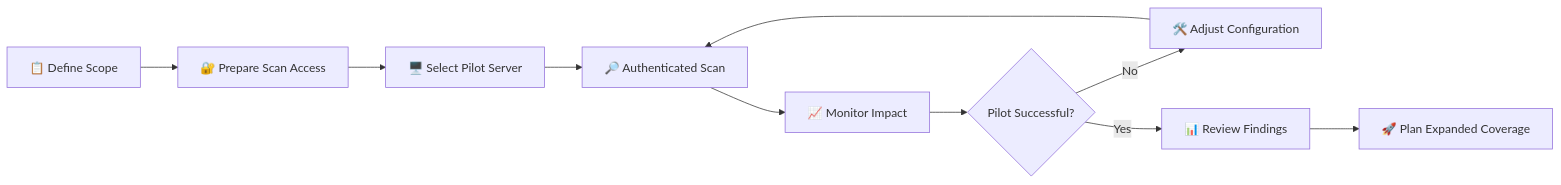
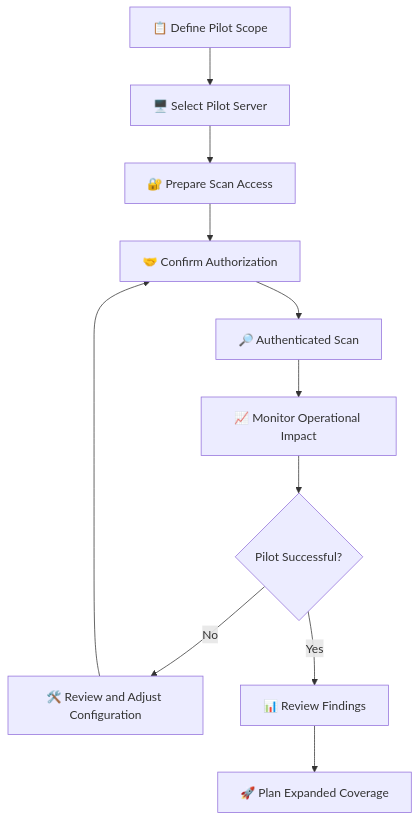
One commit to katydevelops/cyberRangePortfolio changed the diagram in vulnerabilityManagement/02-servermgr-initial-discovery.md. Above: the diagram before and after it, drawn with Mermaid. The commit also changed other lines of this file, not shown here.

````diff
--- a/vulnerabilityManagement/02-servermgr-initial-discovery.md
+++ b/vulnerabilityManagement/02-servermgr-initial-discovery.md
@@ -148,12 +190,13 @@
 ```mermaid
-flowchart LR
-    A["📋 Define Scope"] --> B["🔐 Prepare Scan Access"]
-    B --> C["🖥️ Select Pilot Server"]
-    C --> D["🔎 Authenticated Scan"]
-    D --> E["📈 Monitor Impact"]
-    E --> F{"Pilot Successful?"}
-    F -->|"No"| G["🛠️ Adjust Configuration"]
-    G --> D
-    F -->|"Yes"| H["📊 Review Findings"]
-    H --> I["🚀 Plan Expanded Coverage"]
+flowchart TD
+    A["📋 Define Pilot Scope"] --> B["🖥️ Select Pilot Server"]
+    B --> C["🔐 Prepare Scan Access"]
+    C --> D["🤝 Confirm Authorization"]
+    D --> E["🔎 Authenticated Scan"]
+    E --> F["📈 Monitor Operational Impact"]
+    F --> G{"Pilot Successful?"}
+    G -->|"No"| H["🛠️ Review and Adjust Configuration"]
+    H --> D
+    G -->|"Yes"| I["📊 Review Findings"]
+    I --> J["🚀 Plan Expanded Coverage"]
 ```
````
